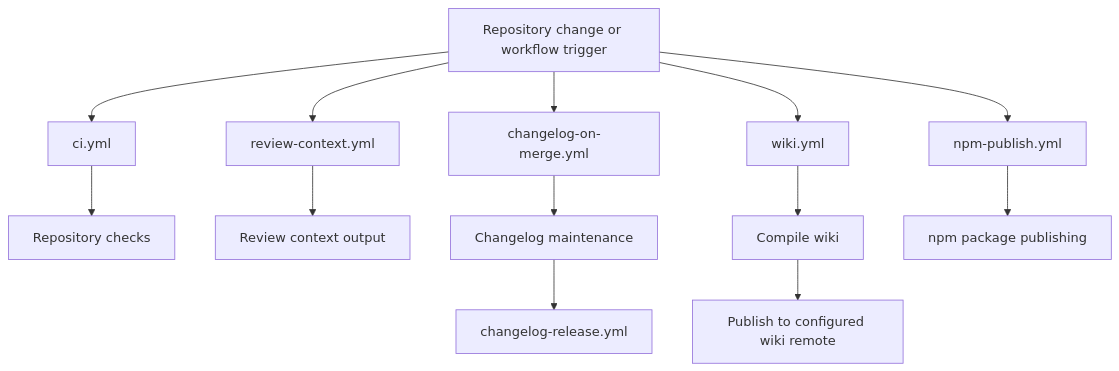
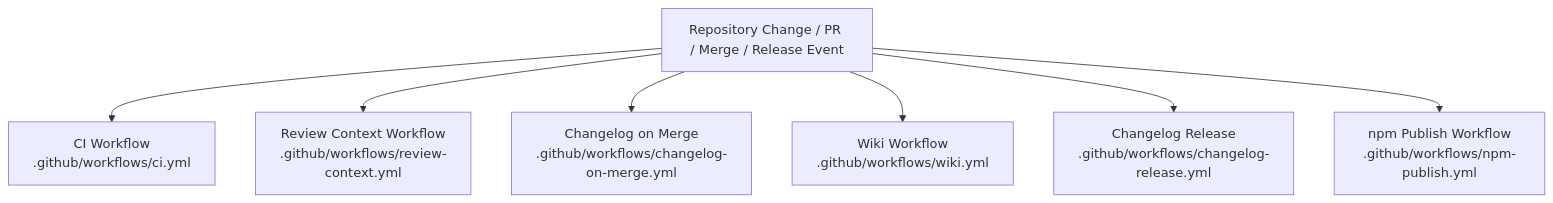
Before and after one commit to mfittko/repo-wiki: the fourth of 4 diagrams in Architecture.md, drawn with Mermaid. The commit also changed other lines of this file and 49 other files, not shown here.

Commit message:
Compile repository wiki 2026-06-14T01:05:20.499Z

````diff
--- a/Architecture.md
+++ b/Architecture.md
@@ -239,20 +253,17 @@
 ```mermaid
 flowchart TD
-  Change[Repository change or workflow trigger] --> CI[ci.yml]
-  Change --> ReviewContext[review-context.yml]
-  Change --> ChangelogMerge[changelog-on-merge.yml]
-  Change --> Wiki[wiki.yml]
+  Change["Repository Change / PR / Merge / Release Event"]
+  CI["CI Workflow<br/>.github/workflows/ci.yml"]
+  Review["Review Context Workflow<br/>.github/workflows/review-context.yml"]
+  ChangelogMerge["Changelog on Merge<br/>.github/workflows/changelog-on-merge.yml"]
+  ChangelogRelease["Changelog Release<br/>.github/workflows/changelog-release.yml"]
+  Wiki["Wiki Workflow<br/>.github/workflows/wiki.yml"]
+  PublishNpm["npm Publish Workflow<br/>.github/workflows/npm-publish.yml"]
 
-  CI --> Checks[Repository checks]
-
-  ReviewContext --> ReviewArtifact[Review context output]
-
-  ChangelogMerge --> ChangelogUpdate[Changelog maintenance]
-  ChangelogUpdate --> ChangelogRelease[changelog-release.yml]
-
-  Wiki --> CompileWiki[Compile wiki]
-  CompileWiki --> PublishWiki[Publish to configured wiki remote]
-
-  Change --> NpmPublish[npm-publish.yml]
-  NpmPublish --> NpmRegistry[npm package publishing]
+  Change --> CI
+  Change --> Review
+  Change --> ChangelogMerge
+  Change --> Wiki
+  Change --> ChangelogRelease
+  Change --> PublishNpm
 ```
````
